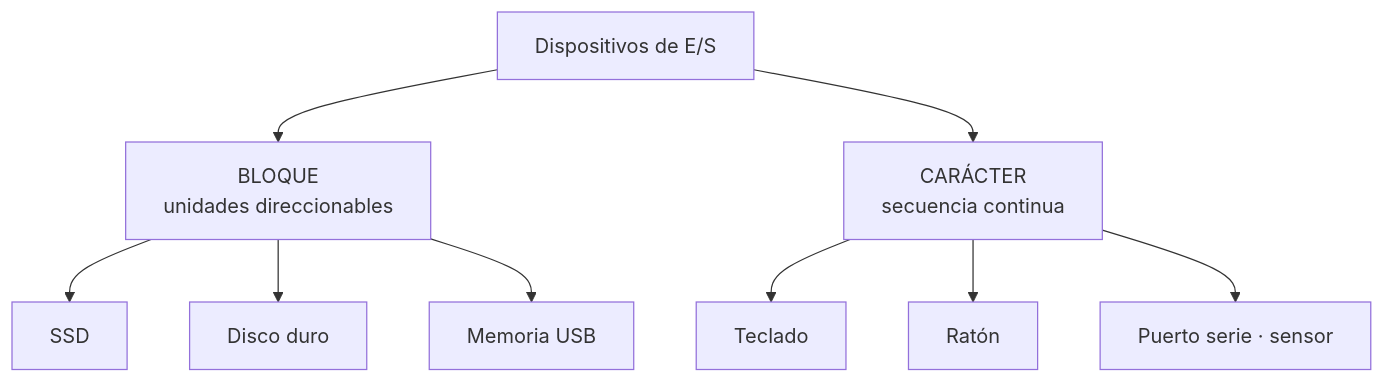
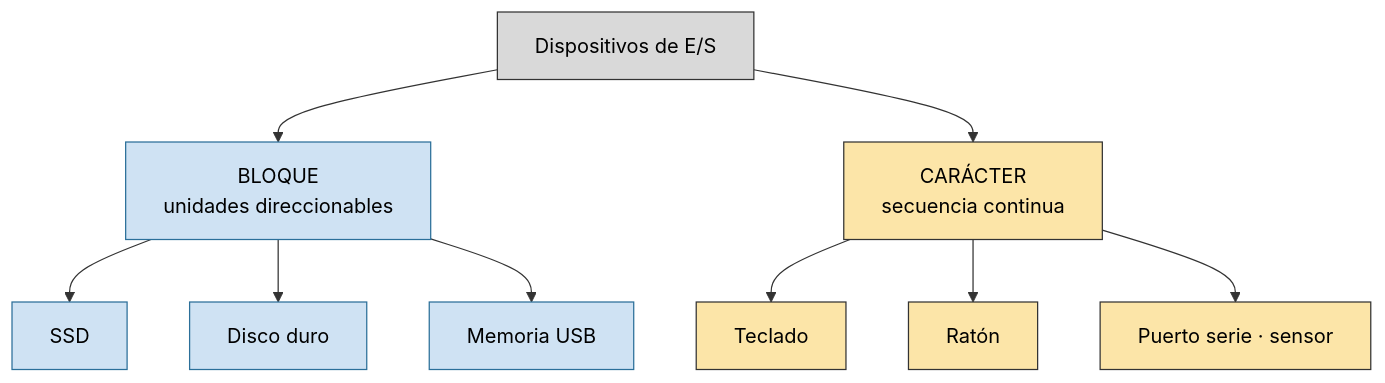
One commit to asiermarzo/ssoo changed the third of 5 diagrams in TEORIA/11-dispositivos-de-es/README.md. Above: the diagram before and after it, drawn with Mermaid. The commit also changed other lines of this file and 25 other files, not shown here.

Commit message:
refinado de diagramas mermaid y svg

````diff
--- a/TEORIA/11-dispositivos-de-es/README.md
+++ b/TEORIA/11-dispositivos-de-es/README.md
@@ -278,11 +327,18 @@
 ```mermaid
 flowchart TB
     IO[Dispositivos de E/S] --> B["BLOQUE<br/>unidades direccionables"]
     IO --> C["CARÁCTER<br/>secuencia continua"]
     B --> SSD[SSD]
     B --> HDD[Disco duro]
     B --> USB[Memoria USB]
     C --> KEY[Teclado]
     C --> MOUSE[Ratón]
     C --> SER[Puerto serie · sensor]
+
+    classDef raiz fill:#d9d9d9,stroke:#333,color:#000;
+    classDef bloque fill:#cfe2f3,stroke:#2b6f99,color:#000;
+    classDef caracter fill:#fce5a8,stroke:#333,color:#000;
+    class IO raiz;
+    class B,SSD,HDD,USB bloque;
+    class C,KEY,MOUSE,SER caracter;
 ```
````
